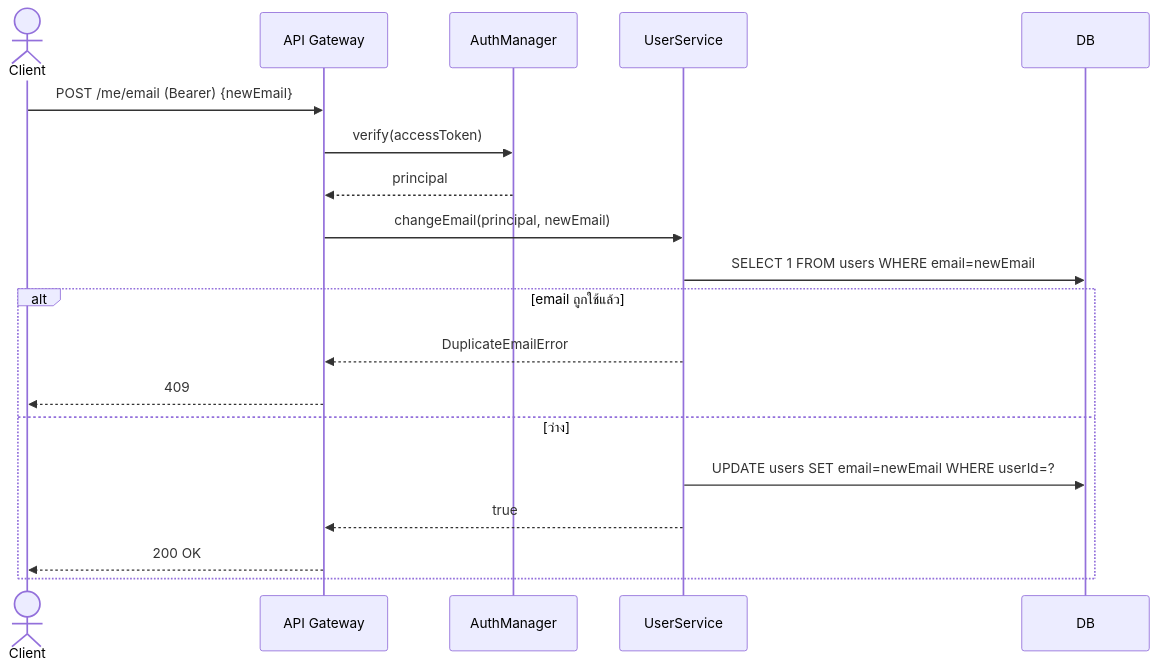
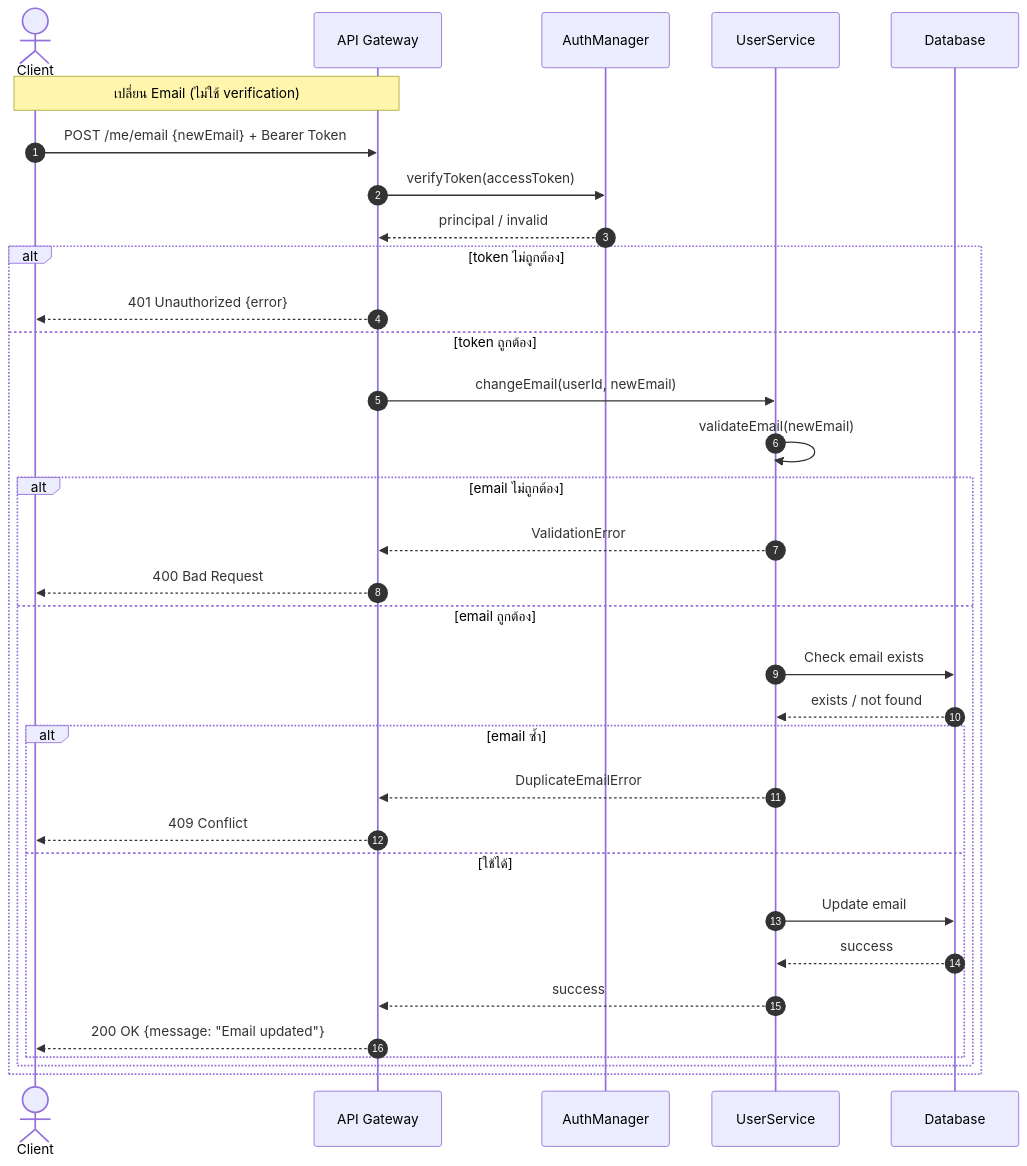
The fourth of 4 diagrams in doc/sequence_01_user.md (Bank-e/Music-Video-Streaming-Subscription-System), drawn with Mermaid before and after one commit. The commit also changed other lines of this file and 4 other files, not shown here.

````diff
--- a/doc/sequence_01_user.md
+++ b/doc/sequence_01_user.md
@@ -80,22 +152,42 @@
 ```mermaid
 sequenceDiagram
-  actor Client
-  participant API as API Gateway
-  participant AM as AuthManager
-  participant US as UserService
-  participant DB
+    autonumber
+    actor Client
+    participant API as API Gateway
+    participant AM as AuthManager
+    participant US as UserService
+    participant DB as Database
 
-  Client->>API: POST /me/email (Bearer) {newEmail}
-  API->>AM: verify(accessToken)
-  AM-->>API: principal
-  API->>US: changeEmail(principal, newEmail)
-  US->>DB: SELECT 1 FROM users WHERE email=newEmail
-  alt email ถูกใช้แล้ว
-    US-->>API: DuplicateEmailError
-    API-->>Client: 409
-  else ว่าง
-    US->>DB: UPDATE users SET email=newEmail WHERE userId=?
-    US-->>API: true
-    API-->>Client: 200 OK
-  end
+    Note over Client,API: เปลี่ยน Email (ไม่ใช้ verification)
+
+    Client->>API: POST /me/email {newEmail} + Bearer Token
+
+    API->>AM: verifyToken(accessToken)
+    AM-->>API: principal / invalid
+
+    alt token ไม่ถูกต้อง
+        API-->>Client: 401 Unauthorized {error}
+    else token ถูกต้อง
+        API->>US: changeEmail(userId, newEmail)
+
+        US->>US: validateEmail(newEmail)
+        alt email ไม่ถูกต้อง
+            US-->>API: ValidationError
+            API-->>Client: 400 Bad Request
+        else email ถูกต้อง
+            US->>DB: Check email exists
+            DB-->>US: exists / not found
+
+            alt email ซ้ำ
+                US-->>API: DuplicateEmailError
+                API-->>Client: 409 Conflict
+            else ใช้ได้
+                US->>DB: Update email
+                DB-->>US: success
+
+                US-->>API: success
+                API-->>Client: 200 OK {message: "Email updated"}
+            end
+        end
+    end
 ```
````
